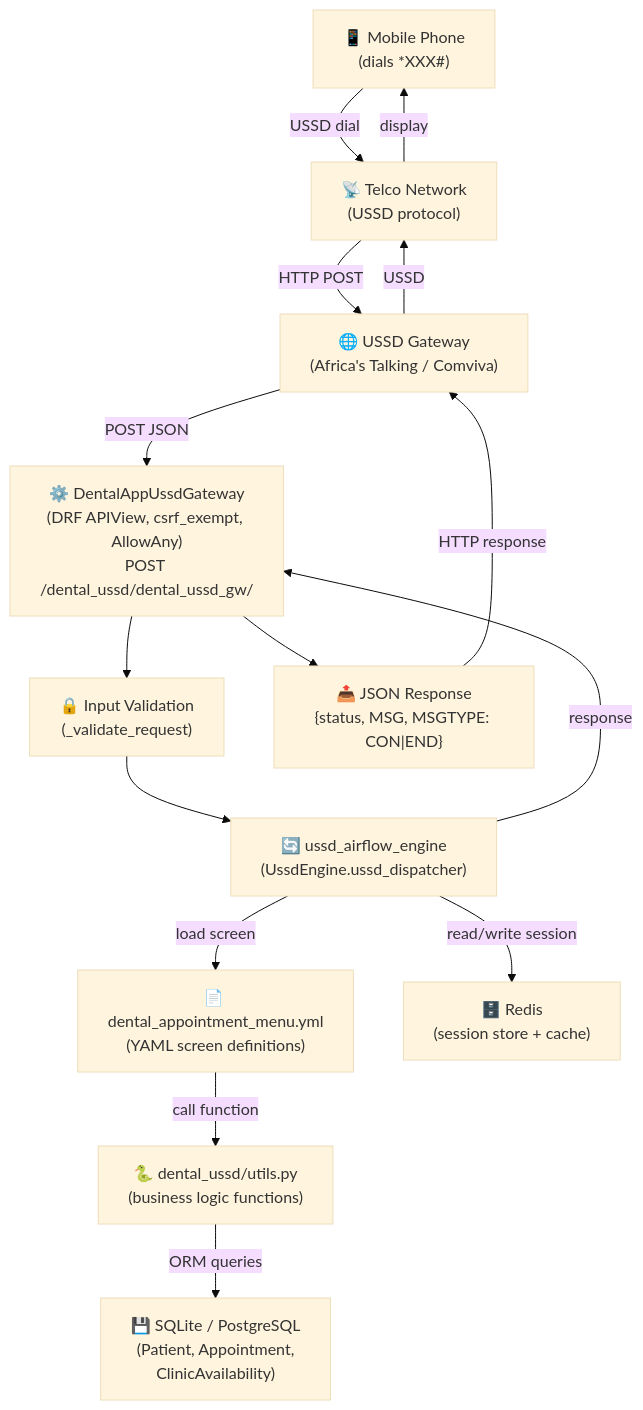
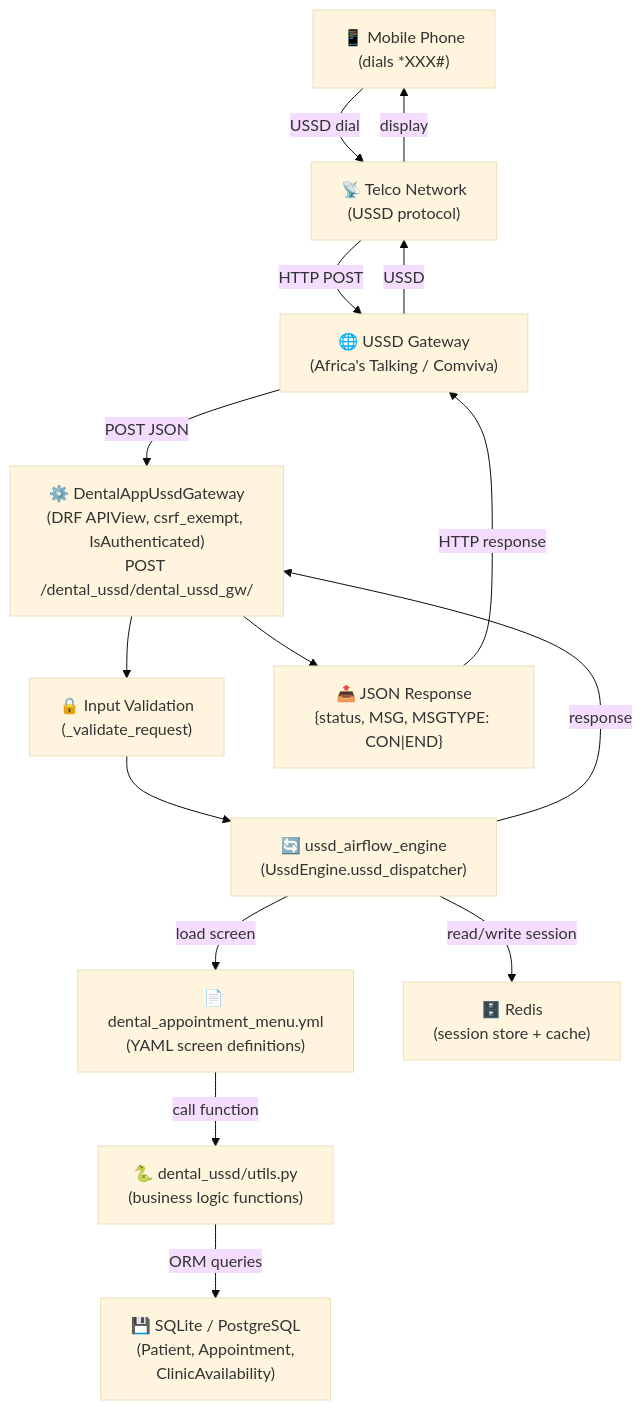
Before and after one commit to jayskar/dental_ussd: the diagram in docs/diagrams/architecture.mmd, drawn with Mermaid (base theme). The commit also changed 6 other files, not shown here.

Commit message:
Enforce token authentication on USSD gateway endpoint

```diff
--- a/docs/diagrams/architecture.mmd
+++ b/docs/diagrams/architecture.mmd
@@ -1,27 +1,27 @@
 graph TD
     MobilePhone["📱 Mobile Phone\n(dials *XXX#)"]
     TelcoNetwork["📡 Telco Network\n(USSD protocol)"]
     USSDGateway["🌐 USSD Gateway\n(Africa's Talking / Comviva)"]
-    DjangoAPI["⚙️ DentalAppUssdGateway\n(DRF APIView, csrf_exempt, AllowAny)\nPOST /dental_ussd/dental_ussd_gw/"]
+    DjangoAPI["⚙️ DentalAppUssdGateway\n(DRF APIView, csrf_exempt, IsAuthenticated)\nPOST /dental_ussd/dental_ussd_gw/"]
     Validation["🔒 Input Validation\n(_validate_request)"]
     USSDEngine["🔄 ussd_airflow_engine\n(UssdEngine.ussd_dispatcher)"]
     YAMLJourney["📄 dental_appointment_menu.yml\n(YAML screen definitions)"]
     UtilsFunctions["🐍 dental_ussd/utils.py\n(business logic functions)"]
     Redis["🗄️ Redis\n(session store + cache)"]
     Database["💾 SQLite / PostgreSQL\n(Patient, Appointment,\nClinicAvailability)"]
     Response["📤 JSON Response\n{status, MSG, MSGTYPE: CON|END}"]
 
     MobilePhone -->|USSD dial| TelcoNetwork
     TelcoNetwork -->|HTTP POST| USSDGateway
     USSDGateway -->|POST JSON| DjangoAPI
     DjangoAPI --> Validation
     Validation --> USSDEngine
     USSDEngine -->|load screen| YAMLJourney
     YAMLJourney -->|call function| UtilsFunctions
     USSDEngine -->|read/write session| Redis
     UtilsFunctions -->|ORM queries| Database
     USSDEngine -->|response| DjangoAPI
     DjangoAPI --> Response
     Response -->|HTTP response| USSDGateway
     USSDGateway -->|USSD| TelcoNetwork
     TelcoNetwork -->|display| MobilePhone
```
